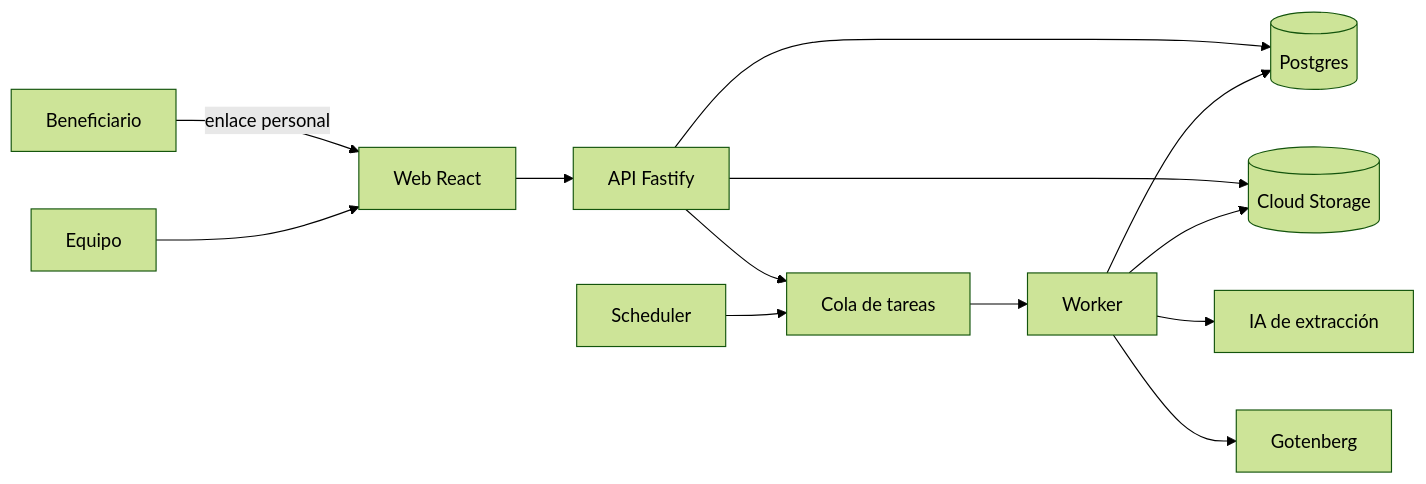
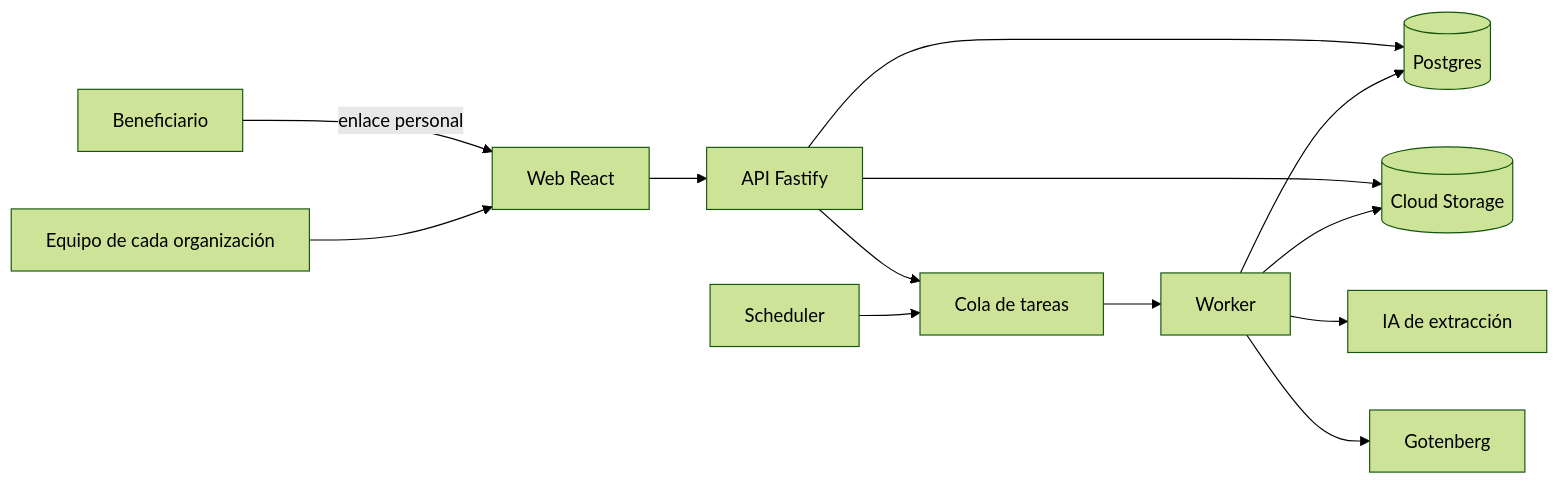
Before and after one commit to daykelm/certia: the third of 3 diagrams in PROJECT.md, drawn with Mermaid (forest theme). The commit also changed other lines of this file and 2 other files, not shown here.

````diff
--- a/PROJECT.md
+++ b/PROJECT.md
@@ -141,15 +145,15 @@
 ```mermaid
 flowchart LR
     B[Beneficiario] -->|enlace personal| WEB
-    U[Equipo] --> WEB[Web React]
+    U[Equipo de cada organización] --> WEB[Web React]
     WEB --> API[API Fastify]
     API --> DB[(Postgres)]
     API --> GCS[(Cloud Storage)]
     API --> Q[Cola de tareas]
     Q --> W[Worker]
     W --> AI[IA de extracción]
     W --> GOT[Gotenberg]
     W --> DB
     W --> GCS
     SCH[Scheduler] --> Q
 ```
````
